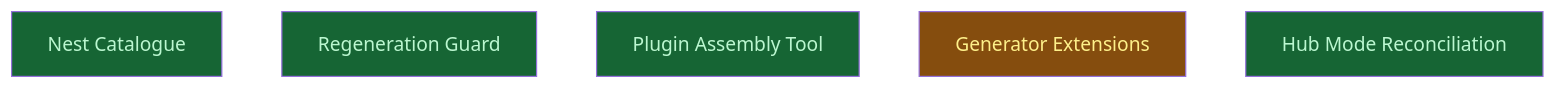
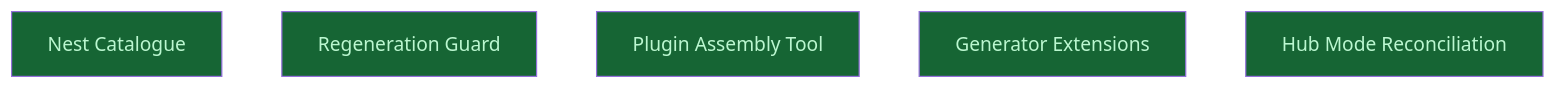
One commit to CrackingShells/cracking-shells-playbook changed the diagram in __roadmap__/agent_plugin_nest/README.md. Above: the diagram before and after it, drawn with Mermaid. The commit also changed other lines of this file and 5 other files, not shown here.

First line of the commit message:
chore(roadmap): close agent_plugin_nest — Nest serves the five plugins

````diff
--- a/__roadmap__/agent_plugin_nest/README.md
+++ b/__roadmap__/agent_plugin_nest/README.md
@@ -37,13 +37,13 @@
 ```mermaid
 graph TD
     nest_catalogue[Nest Catalogue]:::done
     regeneration_guard[Regeneration Guard]:::done
     plugin_assembly_tool[Plugin Assembly Tool]:::done
-    generator[Generator Extensions]:::inprogress
+    generator[Generator Extensions]:::done
     hub_mode_reconciliation[Hub Mode Reconciliation]:::done
     classDef done       fill:#166534,color:#bbf7d0
     classDef inprogress fill:#854d0e,color:#fef08a
     classDef planned    fill:#374151,color:#e5e7eb
     classDef amendment  fill:#1e3a5f,color:#bfdbfe
     classDef blocked    fill:#7f1d1d,color:#fecaca
 ```
````
